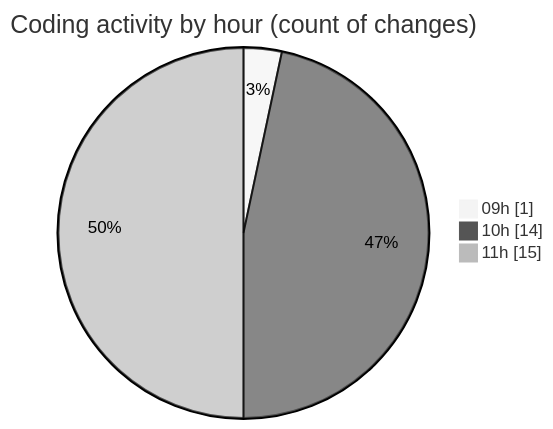
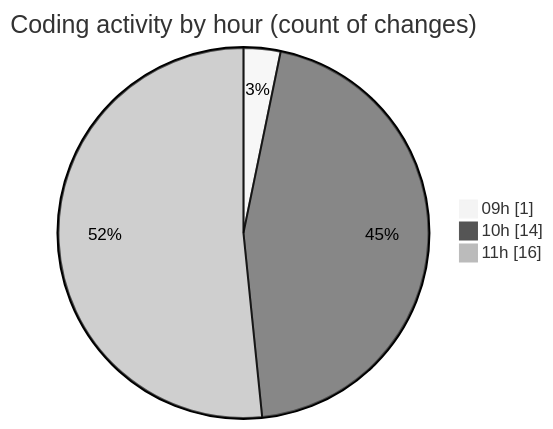
The second of 2 diagrams in 2025-05-07/niten/README.md (Elitesun/code-tracking), drawn with Mermaid (neutral theme) before and after one commit. The commit also changed other lines of this file and 1 other file, not shown here.

````diff
--- a/2025-05-07/niten/README.md
+++ b/2025-05-07/niten/README.md
@@ -41,7 +41,7 @@
 ```mermaid
 pie showData
 title Coding activity by hour (count of changes)
 "09h" : 1
 "10h" : 14
-"11h" : 15
+"11h" : 16
 ```
````
